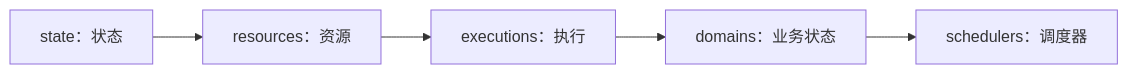
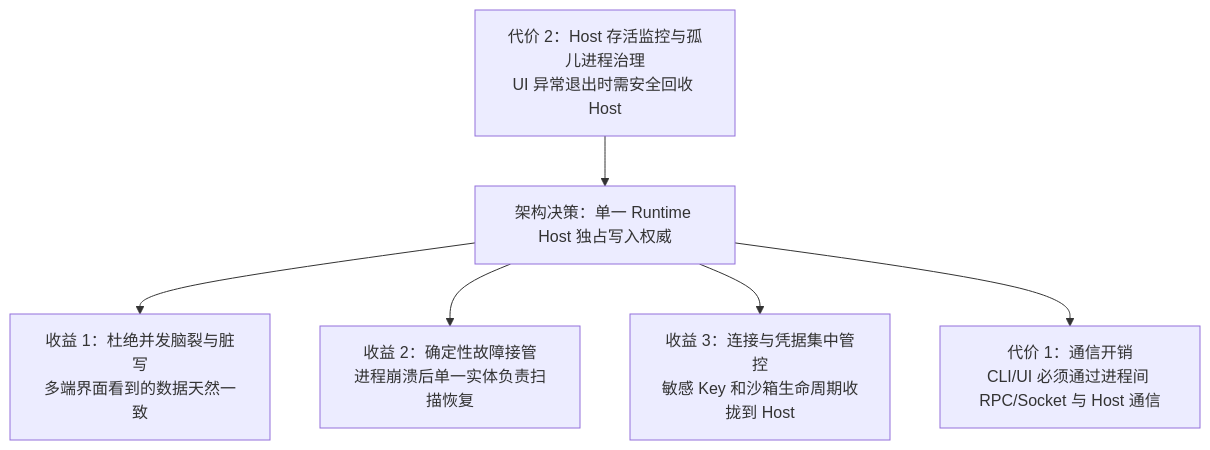
One commit to suger-m/agent-infrastructure-docs changed the third of 3 diagrams in maka-agent-infra/00-foundations/architecture.md. Above: the diagram before and after it, drawn with Mermaid. The commit also changed other lines of this file and 26 other files, not shown here.

````diff
--- a/maka-agent-infra/00-foundations/architecture.md
+++ b/maka-agent-infra/00-foundations/architecture.md
@@ -150,7 +199,11 @@
 ```mermaid
-flowchart LR
-    A["state：状态"] --> B["resources：资源"]
-    B --> C["executions：执行"]
-    C --> D["domains：业务状态"]
-    D --> E["schedulers：调度器"]
+flowchart TD
+    Choice["架构决策：单一 Runtime Host 独占写入权威"]
+    
+    Choice --> Benefit1["收益 1：杜绝并发脑裂与脏写<br/>多端界面看到的数据天然一致"]
+    Choice --> Benefit2["收益 2：确定性故障接管<br/>进程崩溃后单一实体负责扫描恢复"]
+    Choice --> Benefit3["收益 3：连接与凭据集中管控<br/>敏感 Key 和沙箱生命周期收拢到 Host"]
+    
+    Choice --> Cost1["代价 1：通信开销<br/>CLI/UI 必须通过进程间 RPC/Socket 与 Host 通信"]
+    Cost2["代价 2：Host 存活监控与孤儿进程治理<br/>UI 异常退出时需安全回收 Host"] --> Choice
 ```
````
